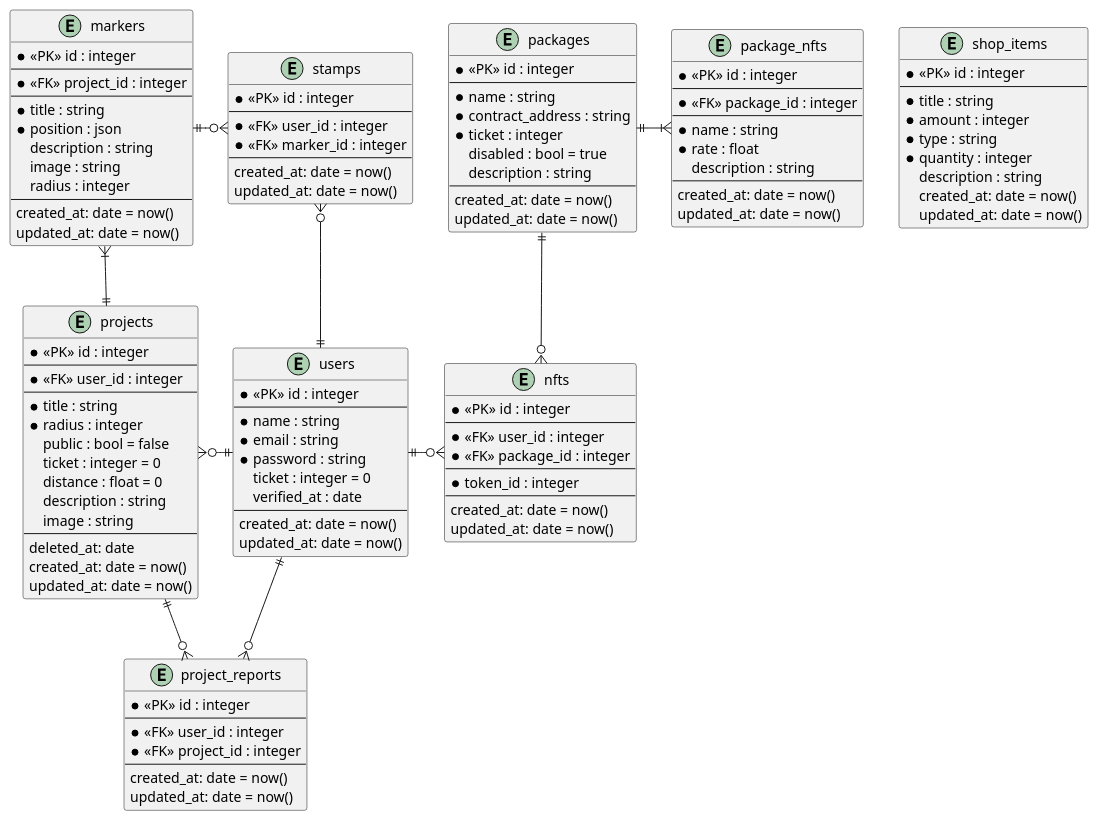
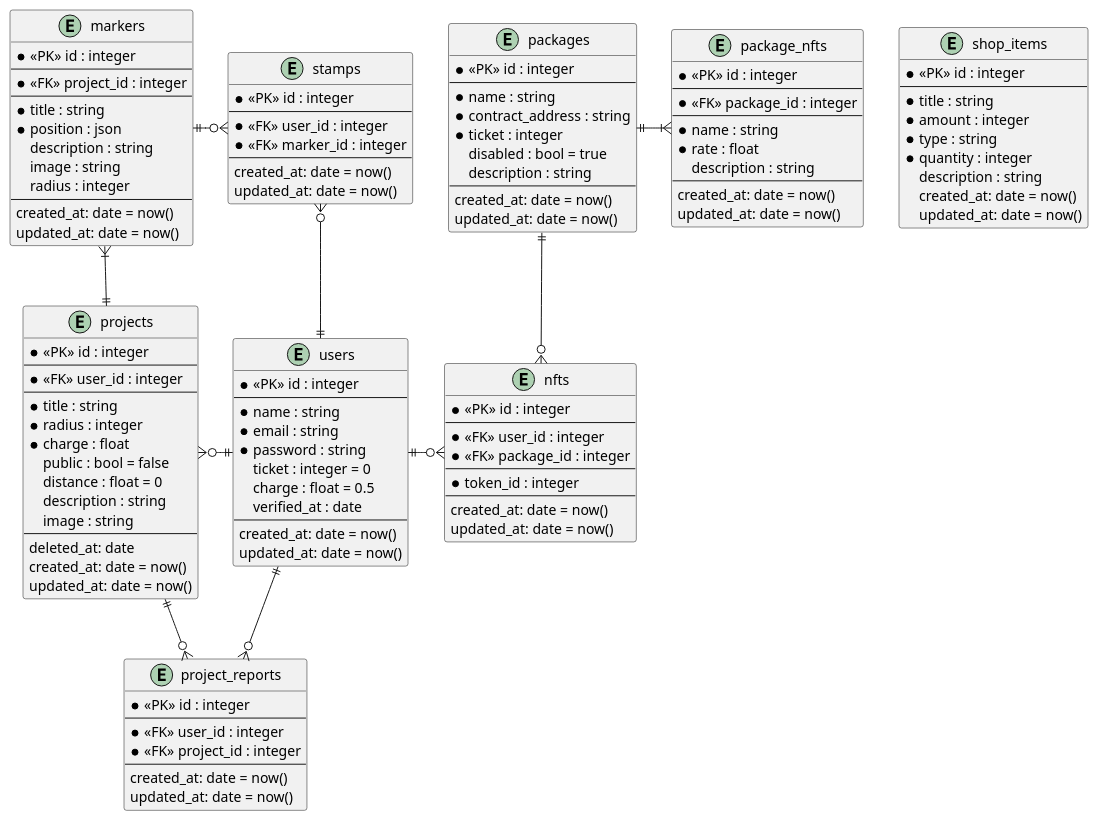
The diagram in docs/db.er.pu (flatten-js/Workker), drawn with PlantUML before and after one commit. The commit also changed 13 other files, not shown here.

```diff
--- a/docs/db.er.pu
+++ b/docs/db.er.pu
@@ -1,127 +1,128 @@
 @startuml
 entity projects {
   * <<PK>> id : integer
   --
   * <<FK>> user_id : integer
   --
   * title : string
   * radius : integer
+  * charge : float
   public : bool = false
-  ticket : integer = 0
   distance : float = 0
   description : string
   image : string
   --
   deleted_at: date
   created_at: date = now()
   updated_at: date = now()
 }
 
 entity markers {
   * <<PK>> id : integer
   --
   * <<FK>> project_id : integer
   --
   * title : string
   * position : json
   description : string
   image : string
   radius : integer
   --
   created_at: date = now()
   updated_at: date = now()
 }
 
 entity stamps {
   * <<PK>> id : integer
   --
   * <<FK>> user_id : integer
   * <<FK>> marker_id : integer
   --
   created_at: date = now()
   updated_at: date = now()
 }
 
 entity users {
   * <<PK>> id : integer
   --
   * name : string
   * email : string
   * password : string
   ticket : integer = 0
+  charge : float = 0.5
   verified_at : date
   --
   created_at: date = now()
   updated_at: date = now()
 }
 
 entity nfts {
   * <<PK>> id : integer
   --
   * <<FK>> user_id : integer
   * <<FK>> package_id : integer
   --
   * token_id : integer
   --
   created_at: date = now()
   updated_at: date = now()
 }
 
 entity packages {
   * <<PK>> id : integer
   --
   * name : string
   * contract_address : string
   * ticket : integer
   disabled : bool = true
   description : string
   --
   created_at: date = now()
   updated_at: date = now()
 }
 
 entity package_nfts {
   * <<PK>> id : integer
   --
   * <<FK>> package_id : integer
   --
   * name : string
   * rate : float
   description : string
   --
   created_at: date = now()
   updated_at: date = now()
 }
 
 entity project_reports {
   * <<PK>> id : integer
   --
   * <<FK>> user_id : integer
   * <<FK>> project_id : integer
   --
   created_at: date = now()
   updated_at: date = now()
 }
 
 entity shop_items {
   * <<PK>> id : integer
   --
   * title : string
   * amount : integer
   * type : string
   * quantity : integer
   description : string
   created_at: date = now()
   updated_at: date = now()
 }
 
 projects ||-u-|{ markers
 markers ||-o{ stamps
 projects ||-o{ project_reports
 projects }o-|| users
 users ||-u-o{ stamps
 users ||-d-o{ project_reports
 users ||-o{ nfts
 packages ||-d-o{ nfts
 packages ||-|{ package_nfts
 @enduml
```
